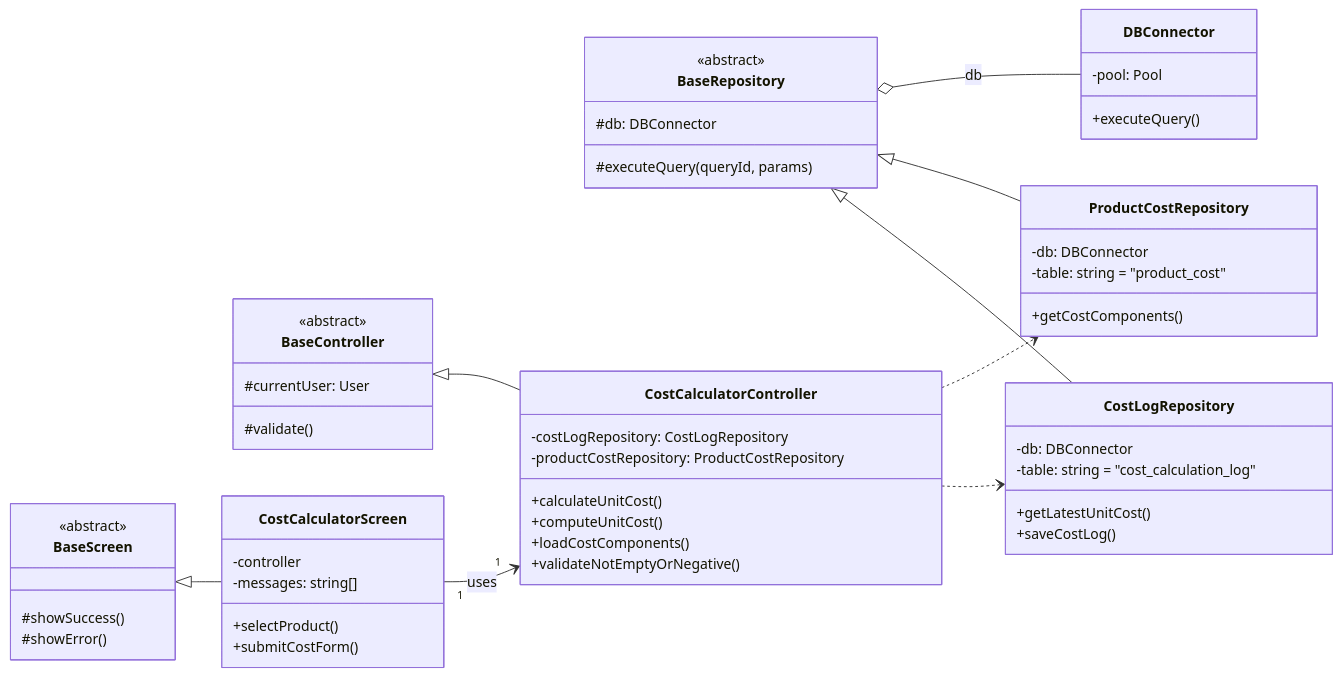
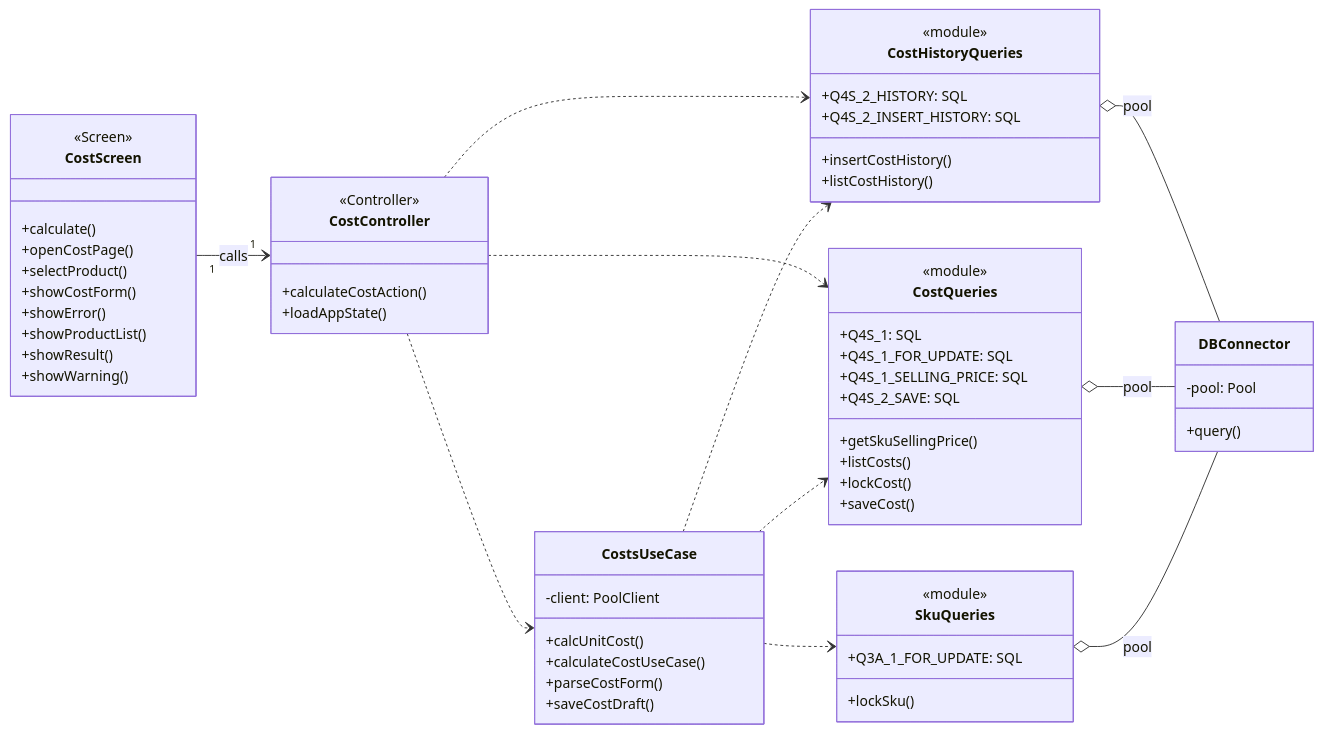
Before and after one commit to xbpkdi/321-sa-proj: the diagram in 04-chapter2-diagrams-database/diagrams/src/class-6.mmd, drawn with Mermaid. The commit also changed 125 other files, not shown here.

Commit message:
docs: update er, class and state diagrams with sql data

```diff
--- a/04-chapter2-diagrams-database/diagrams/src/class-6.mmd
+++ b/04-chapter2-diagrams-database/diagrams/src/class-6.mmd
@@ -1,55 +1,63 @@
 %%{init: {'class': {'hideEmptyMembersBox': true}, 'themeVariables': {'fontSize': '15px'}}}%%
 classDiagram
     direction LR
-    class BaseScreen {
-        <<abstract>>
-        #showSuccess()
-        #showError()
+    class CostScreen {
+        <<Screen>>
+        +calculate()
+        +openCostPage()
+        +selectProduct()
+        +showCostForm()
+        +showError()
+        +showProductList()
+        +showResult()
+        +showWarning()
     }
-    class BaseController {
-        <<abstract>>
-        #currentUser: User
-        #validate()
+    class CostController {
+        <<Controller>>
+        +calculateCostAction()
+        +loadAppState()
     }
-    class BaseRepository {
-        <<abstract>>
-        #db: DBConnector
-        #executeQuery(queryId, params)
+    class CostsUseCase {
+        -client: PoolClient
+        +calcUnitCost()
+        +calculateCostUseCase()
+        +parseCostForm()
+        +saveCostDraft()
     }
-    class CostCalculatorScreen {
-        -controller
-        -messages: string[]
-        +selectProduct()
-        +submitCostForm()
+    class CostHistoryQueries {
+        <<module>>
+        +Q4S_2_HISTORY: SQL
+        +Q4S_2_INSERT_HISTORY: SQL
+        +insertCostHistory()
+        +listCostHistory()
     }
-    class CostCalculatorController {
-        -costLogRepository: CostLogRepository
-        -productCostRepository: ProductCostRepository
-        +calculateUnitCost()
-        +computeUnitCost()
-        +loadCostComponents()
-        +validateNotEmptyOrNegative()
+    class CostQueries {
+        <<module>>
+        +Q4S_1: SQL
+        +Q4S_1_FOR_UPDATE: SQL
+        +Q4S_1_SELLING_PRICE: SQL
+        +Q4S_2_SAVE: SQL
+        +getSkuSellingPrice()
+        +listCosts()
+        +lockCost()
+        +saveCost()
     }
-    class CostLogRepository {
-        -db: DBConnector
-        -table: string = "cost_calculation_log"
-        +getLatestUnitCost()
-        +saveCostLog()
-    }
-    class ProductCostRepository {
-        -db: DBConnector
-        -table: string = "product_cost"
-        +getCostComponents()
+    class SkuQueries {
+        <<module>>
+        +Q3A_1_FOR_UPDATE: SQL
+        +lockSku()
     }
     class DBConnector {
         -pool: Pool
-        +executeQuery()
+        +query()
     }
-    BaseScreen <|-- CostCalculatorScreen
-    BaseController <|-- CostCalculatorController
-    BaseRepository <|-- CostLogRepository
-    BaseRepository <|-- ProductCostRepository
-    BaseRepository o-- DBConnector : db
-    CostCalculatorScreen "1" --> "1" CostCalculatorController : uses
-    CostCalculatorController ..> CostLogRepository
-    CostCalculatorController ..> ProductCostRepository
+    CostScreen "1" --> "1" CostController : calls
+    CostController ..> CostHistoryQueries
+    CostController ..> CostQueries
+    CostController ..> CostsUseCase
+    CostsUseCase ..> CostHistoryQueries
+    CostsUseCase ..> CostQueries
+    CostsUseCase ..> SkuQueries
+    CostHistoryQueries o-- DBConnector : pool
+    CostQueries o-- DBConnector : pool
+    SkuQueries o-- DBConnector : pool
```
